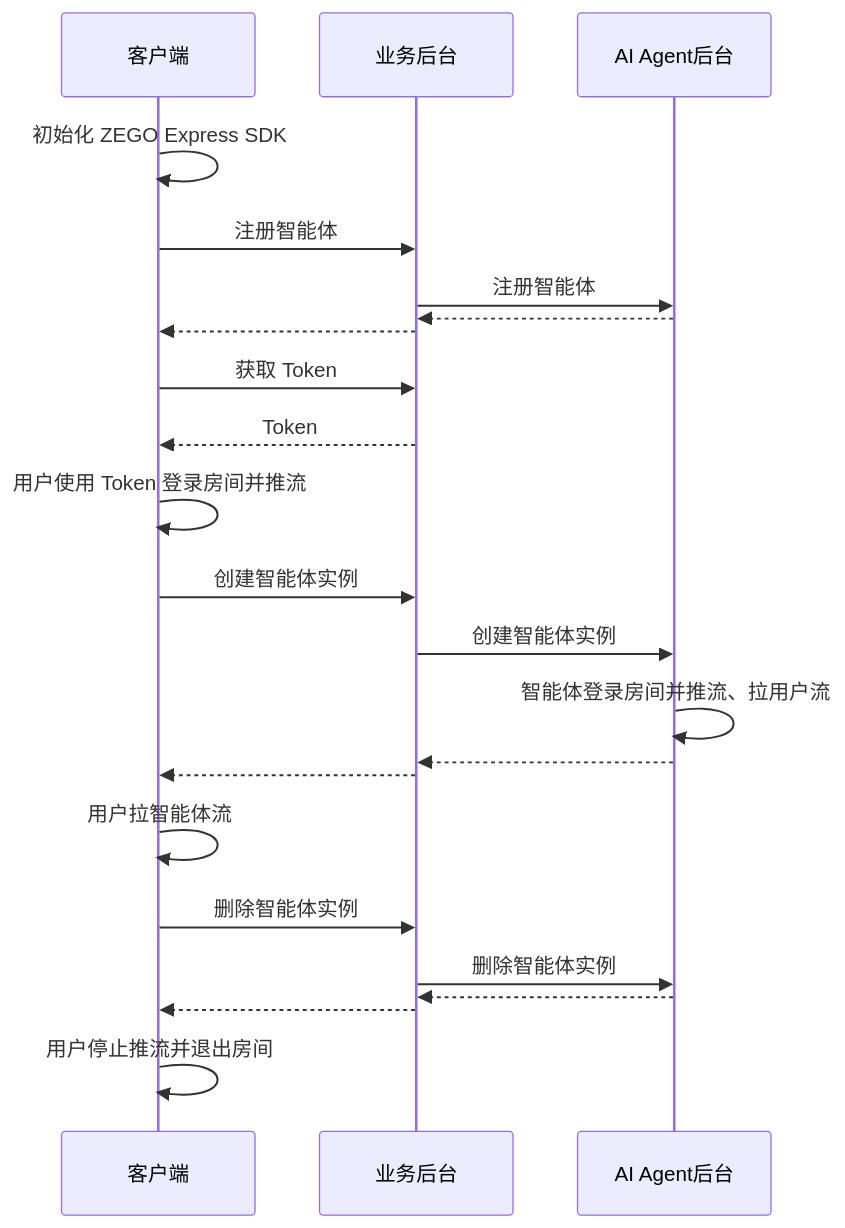
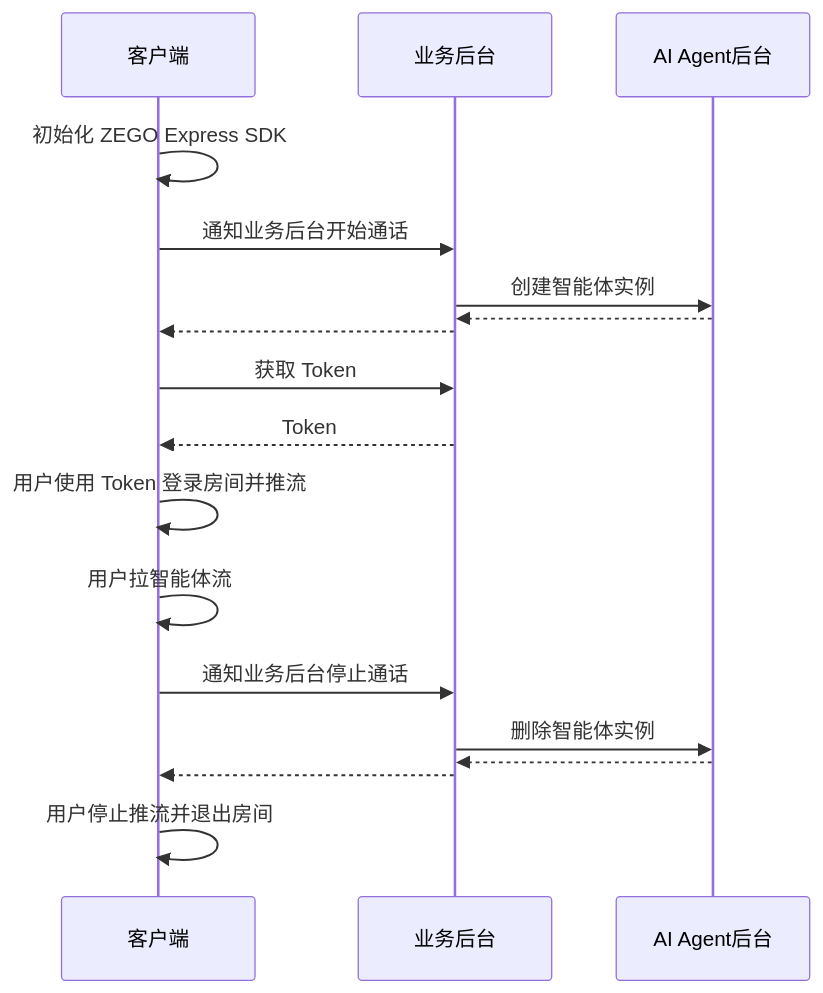
One commit to ZEGOCLOUD/docs_all changed the diagram in core_products/aiagent/zh/docs_aiagent_android_zh/Quick start.mdx. Above: the diagram before and after it, drawn with Mermaid. The commit also changed other lines of this file, not shown here.

````diff
--- a/core_products/aiagent/zh/docs_aiagent_android_zh/Quick start.mdx
+++ b/core_products/aiagent/zh/docs_aiagent_android_zh/Quick start.mdx
@@ -62,34 +54,27 @@
 ```mermaid
 sequenceDiagram
     participant 客户端
     participant 业务后台
     participant AI Agent后台
     
     客户端->>客户端: 初始化 ZEGO Express SDK
     
-    客户端->>业务后台: 注册智能体
-    业务后台->>AI Agent后台: 注册智能体
+    客户端->>业务后台: 通知业务后台开始通话
+    业务后台->>AI Agent后台: 创建智能体实例
     AI Agent后台-->>业务后台: 
     业务后台-->>客户端: 
     
     客户端->>业务后台: 获取 Token
     业务后台-->>客户端: Token
     
     客户端->>客户端: 用户使用 Token 登录房间并推流
     
-    客户端->>业务后台: 创建智能体实例
-    业务后台->>AI Agent后台: 创建智能体实例
-    AI Agent后台->>AI Agent后台: 智能体登录房间并推流、拉用户流
-    AI Agent后台-->>业务后台: 
-    业务后台-->>客户端: 
-    
-    
     客户端->>客户端: 用户拉智能体流
     
-    客户端->>业务后台: 删除智能体实例
+    客户端->>业务后台: 通知业务后台停止通话
     业务后台->>AI Agent后台: 删除智能体实例
     AI Agent后台-->>业务后台: 
     业务后台-->>客户端: 
     
     客户端->>客户端: 用户停止推流并退出房间
 ```
````
